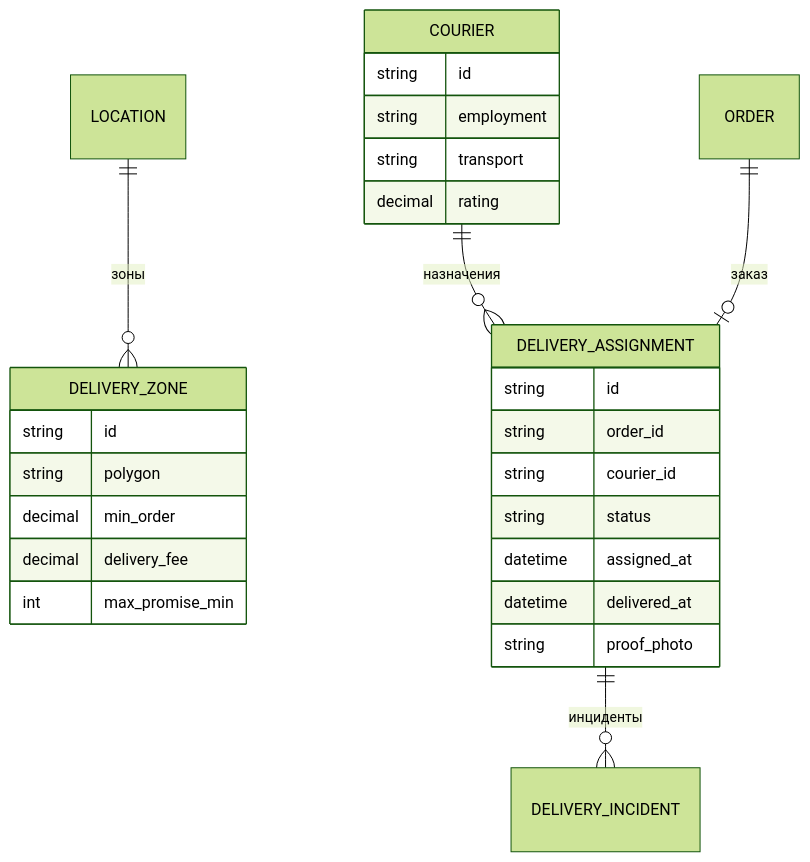
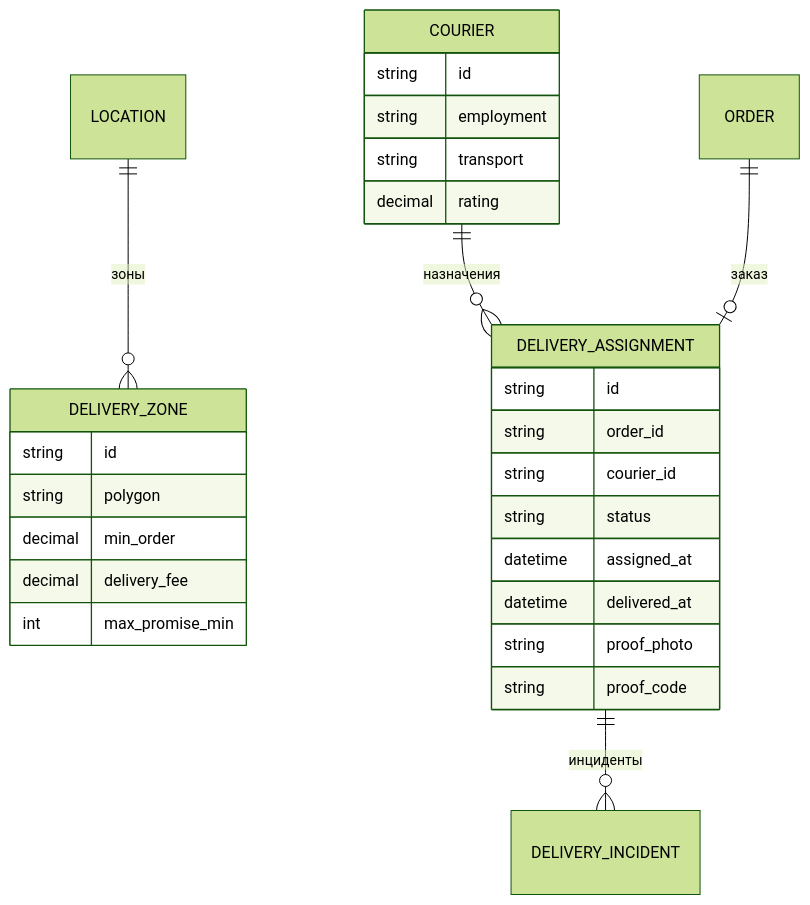
One commit to bestdeejay-design/lovii-crm changed the fourth of 8 diagrams in docs/research/specs/01-domain-model.md. Above: the diagram before and after it, drawn with Mermaid (forest theme). The commit also changed other lines of this file and 70 other files, not shown here.

````diff
--- a/docs/research/specs/01-domain-model.md
+++ b/docs/research/specs/01-domain-model.md
@@ -138,30 +140,31 @@
 ```mermaid
 erDiagram
     LOCATION ||--o{ DELIVERY_ZONE : "зоны"
     COURIER ||--o{ DELIVERY_ASSIGNMENT : "назначения"
     ORDER ||--o| DELIVERY_ASSIGNMENT : "заказ"
     DELIVERY_ASSIGNMENT ||--o{ DELIVERY_INCIDENT : "инциденты"
 
     DELIVERY_ZONE {
         string id
         string polygon
         decimal min_order
         decimal delivery_fee
         int max_promise_min
     }
     COURIER {
         string id
         string employment
         string transport
         decimal rating
     }
     DELIVERY_ASSIGNMENT {
         string id
         string order_id
         string courier_id
         string status
         datetime assigned_at
         datetime delivered_at
         string proof_photo
+        string proof_code
     }
 ```
````
